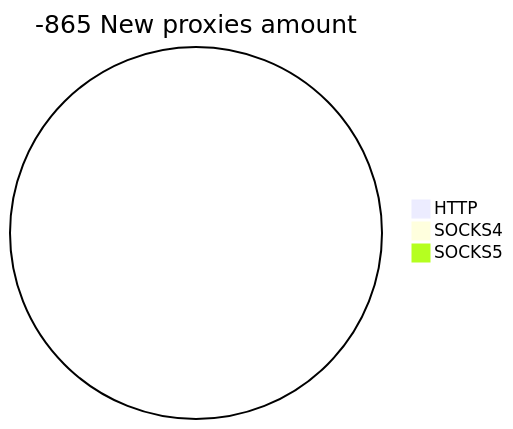
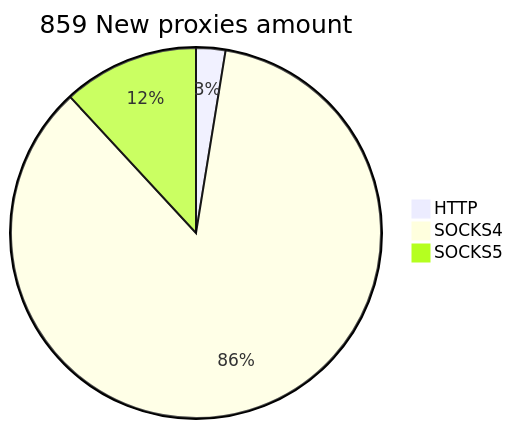
Before and after one commit to cutipu/proxylist: the second of 2 diagrams in README.md, drawn with Mermaid. The commit also changed other lines of this file, not shown here.

````diff
--- a/README.md
+++ b/README.md
@@ -10,6 +10,6 @@
 ```mermaid
-pie title -865 New proxies amount
-    "HTTP" : 0
-    "SOCKS4" : 0
-    "SOCKS5" : 0
+pie title 859 New proxies amount
+    "HTTP" : 22
+    "SOCKS4" : 735
+    "SOCKS5" : 102
 ```
````
